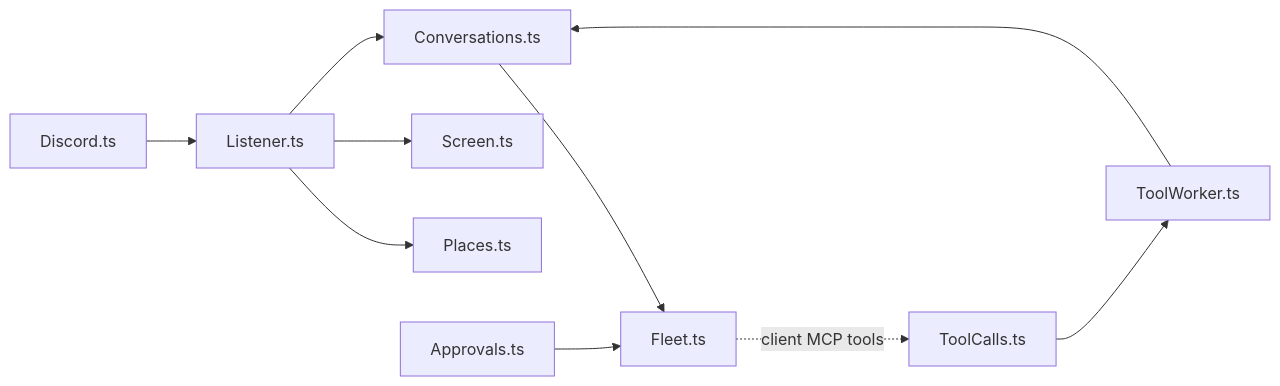
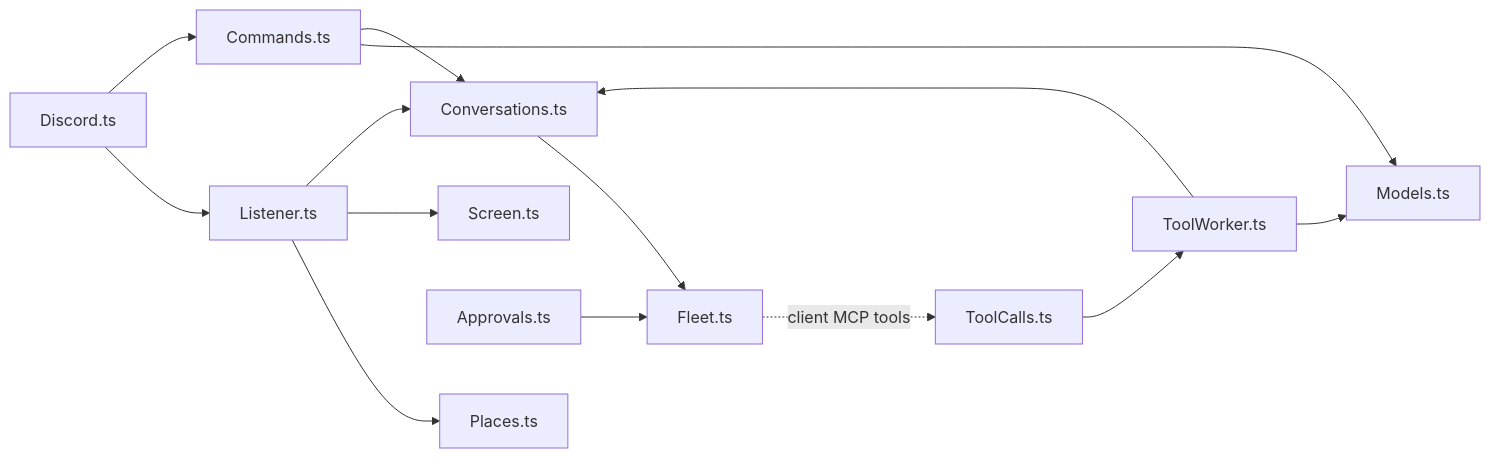
The diagram in AGENTS.md (heditwo/wendell), drawn with Mermaid before and after one commit. The commit also changed other lines of this file and 17 other files, not shown here.

````diff
--- a/AGENTS.md
+++ b/AGENTS.md
@@ -34,12 +34,16 @@
 ```mermaid
 flowchart LR
   D[Discord.ts] --> L[Listener.ts]
   L --> P[Places.ts]
   L --> S[Screen.ts]
   L --> C[Conversations.ts]
   C --> F[Fleet.ts]
   F -. client MCP tools .-> T[ToolCalls.ts]
   T --> W[ToolWorker.ts]
   W --> C
   A[Approvals.ts] --> F
+  D --> K[Commands.ts]
+  K --> M[Models.ts]
+  K --> C
+  W --> M
 ```
````
